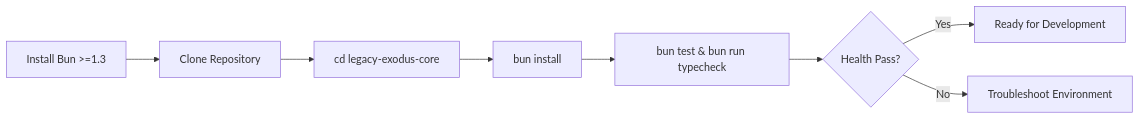
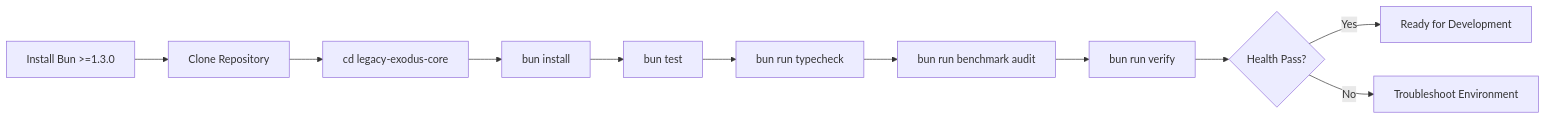
Before and after one commit to raitaskeen/LegacyExodus: the diagram in docs/development/environment-setup.md, drawn with Mermaid. The commit also changed other lines of this file and 3 other files, not shown here.

````diff
--- a/docs/development/environment-setup.md
+++ b/docs/development/environment-setup.md
@@ -74,10 +74,13 @@
 ```mermaid
 flowchart LR
-    A["Install Bun >=1.3"] --> B["Clone Repository"]
+    A["Install Bun >=1.3.0"] --> B["Clone Repository"]
     B --> C["cd legacy-exodus-core"]
     C --> D["bun install"]
-    D --> E["bun test & bun run typecheck"]
-    E --> F{"Health Pass?"}
-    F -->|Yes| G["Ready for Development"]
-    F -->|No| H["Troubleshoot Environment"]
+    D --> E["bun test"]
+    E --> F["bun run typecheck"]
+    F --> G["bun run benchmark audit"]
+    G --> H["bun run verify"]
+    H --> I{"Health Pass?"}
+    I -->|Yes| J["Ready for Development"]
+    I -->|No| K["Troubleshoot Environment"]
 ```
````
